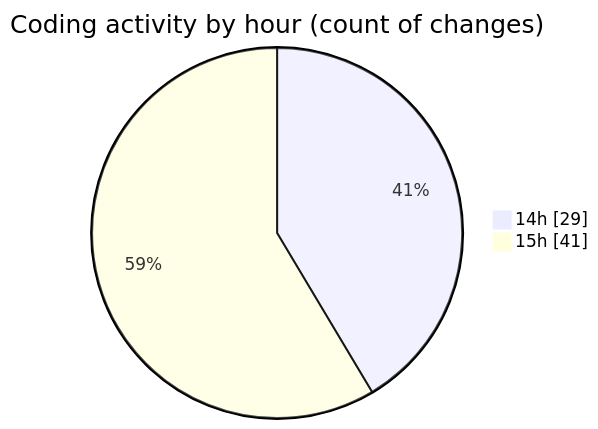
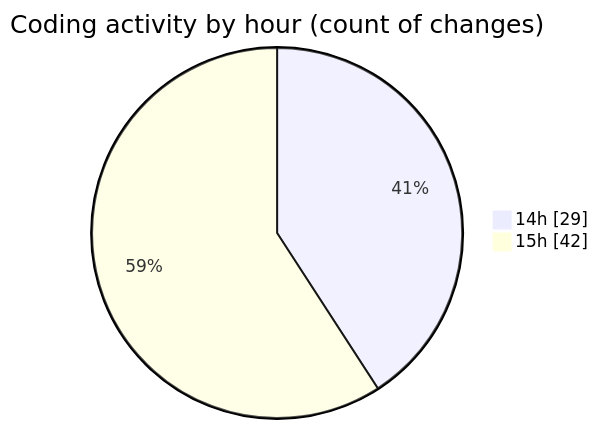
Before and after one commit to CELIANVF/code-tracking: the second of 2 diagrams in 2025-06-05/ecodeli-1/README.md, drawn with Mermaid. The commit also changed other lines of this file and 1 other file, not shown here.

````diff
--- a/2025-06-05/ecodeli-1/README.md
+++ b/2025-06-05/ecodeli-1/README.md
@@ -59,6 +60,6 @@
 ```mermaid
 pie showData
 title Coding activity by hour (count of changes)
 "14h" : 29
-"15h" : 41
+"15h" : 42
 ```
````
